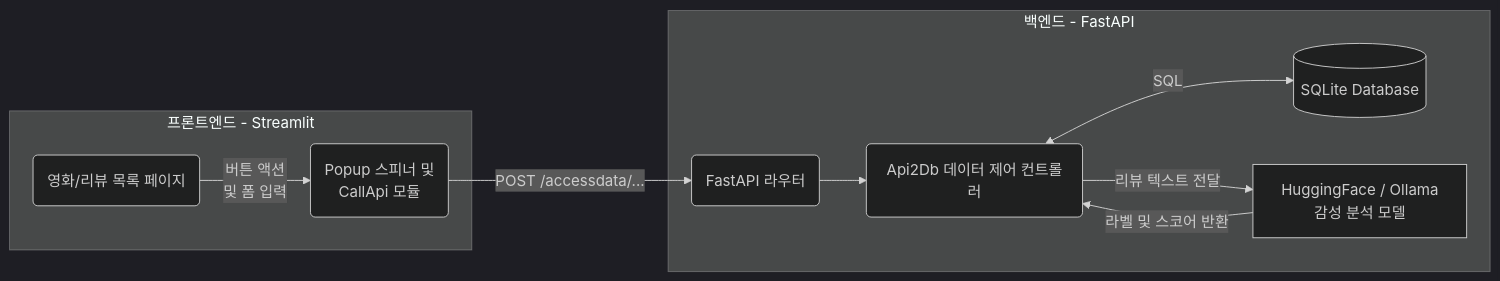
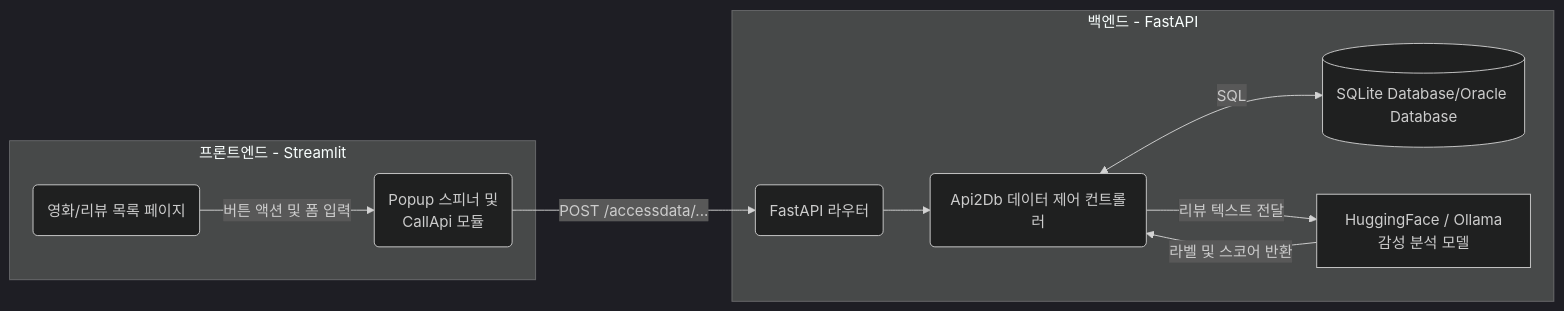
One commit to NararaDak/mission18 changed the first of 2 diagrams in doc/REPORT.md. Above: the diagram before and after it, drawn with Mermaid (dark theme). The commit also changed other lines of this file and 12 other files, not shown here.

````diff
--- a/doc/REPORT.md
+++ b/doc/REPORT.md
@@ -69,14 +69,14 @@
 ```mermaid
 flowchart LR
   subgraph Frontend [프론트엔드 - Streamlit]
-    A(영화/리뷰 목록 페이지) -->|버튼 액션\n및 폼 입력| B(Popup 스피너 및\nCallApi 모듈)
+    A(영화/리뷰 목록 페이지) -->|버튼 액션 및 폼 입력| B(Popup 스피너 및\nCallApi 모듈)
   end
     
   subgraph Backend [백엔드 - FastAPI]
     B -->|POST /accessdata/...| C(FastAPI 라우터)
     C --> D(Api2Db 데이터 제어 컨트롤러)
-    D <-->|SQL| E[(SQLite Database)]
+    D <-->|SQL| E[(SQLite Database/Oracle Database)]
     D -->|리뷰 텍스트 전달| F[HuggingFace / Ollama\n감성 분석 모델]
     F -->|라벨 및 스코어 반환| D
   end
 ```
````
